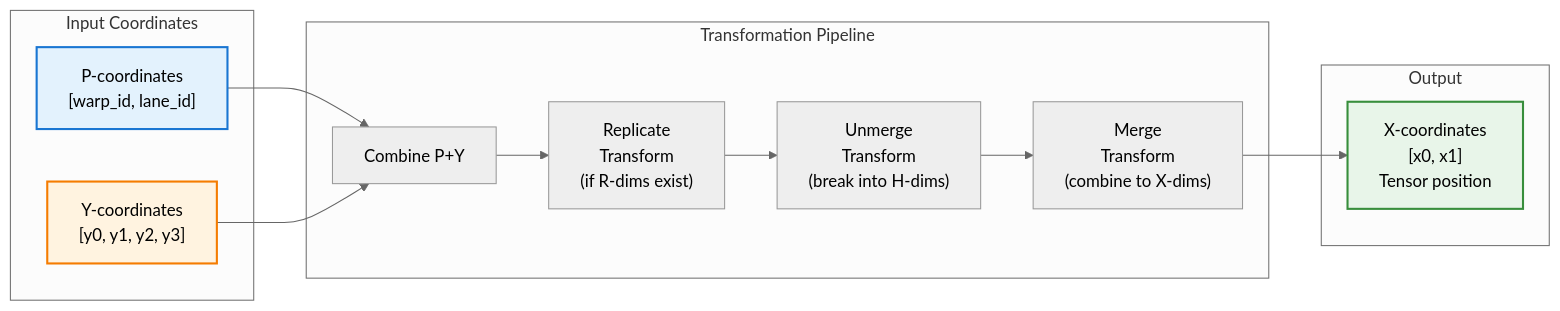
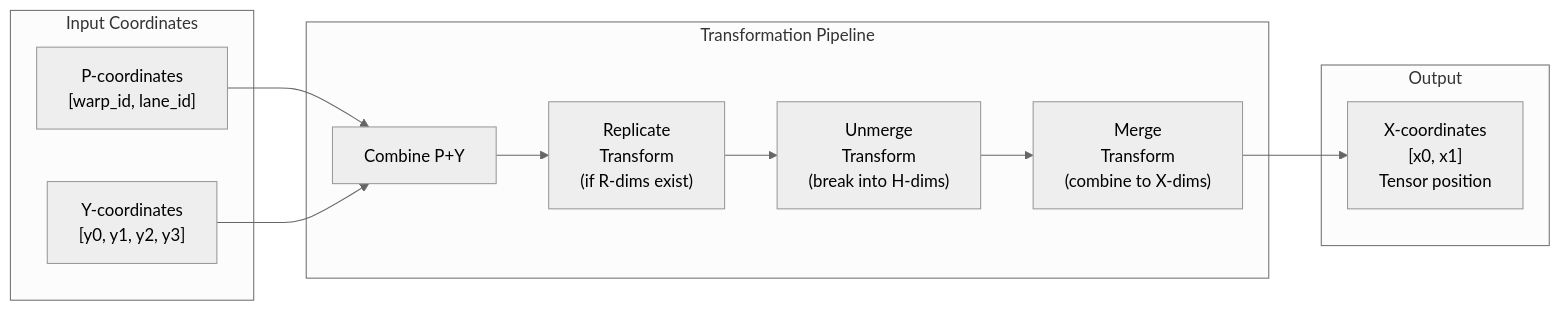
One commit to hdt98/rocm-libraries changed the second of 2 diagrams in projects/composablekernel/docs/conceptual/ck_tile/encoding_internals.rst. Above: the diagram before and after it, drawn with Mermaid (neutral theme). The commit also changed other lines of this file and 21 other files, not shown here.

First line of the commit message:
[ck] Updated CK Tile documentation to use mermaid diagrams (#7955)

```diff
--- a/projects/composablekernel/docs/conceptual/ck_tile/encoding_internals.rst
+++ b/projects/composablekernel/docs/conceptual/ck_tile/encoding_internals.rst
@@ -209,29 +192,25 @@
-   .. mermaid::
-   
-      flowchart LR
-          subgraph "Input Coordinates"
-              P["P-coordinates<br/>[warp_id, lane_id]"]
-              Y["Y-coordinates<br/>[y0, y1, y2, y3]"]
-          end
-          
-          subgraph "Transformation Pipeline"
-              C1["Combine P+Y"]
-              T1["Replicate<br/>Transform<br/>(if R-dims exist)"]
-              T2["Unmerge<br/>Transform<br/>(break into H-dims)"]
-              T3["Merge<br/>Transform<br/>(combine to X-dims)"]
-          end
-          
-          subgraph "Output"
-              X["X-coordinates<br/>[x0, x1]<br/>Tensor position"]
-          end
-          
-          P --> C1
-          Y --> C1
-          C1 --> T1
-          T1 --> T2
-          T2 --> T3
-          T3 --> X
-          
-          style P fill:#e3f2fd,stroke:#1976d2,stroke-width:2px
-          style Y fill:#fff3e0,stroke:#f57c00,stroke-width:2px
-          style X fill:#e8f5e9,stroke:#388e3c,stroke-width:2px
+.. mermaid::
+
+   flowchart LR
+       subgraph "Input Coordinates"
+           P["P-coordinates<br/>[warp_id, lane_id]"]
+           Y["Y-coordinates<br/>[y0, y1, y2, y3]"]
+       end
+
+       subgraph "Transformation Pipeline"
+           C1["Combine P+Y"]
+           T1["Replicate<br/>Transform<br/>(if R-dims exist)"]
+           T2["Unmerge<br/>Transform<br/>(break into H-dims)"]
+           T3["Merge<br/>Transform<br/>(combine to X-dims)"]
+       end
+
+       subgraph "Output"
+           X["X-coordinates<br/>[x0, x1]<br/>Tensor position"]
+       end
+
+       P --> C1
+       Y --> C1
+       C1 --> T1
+       T1 --> T2
+       T2 --> T3
+       T3 --> X
```
